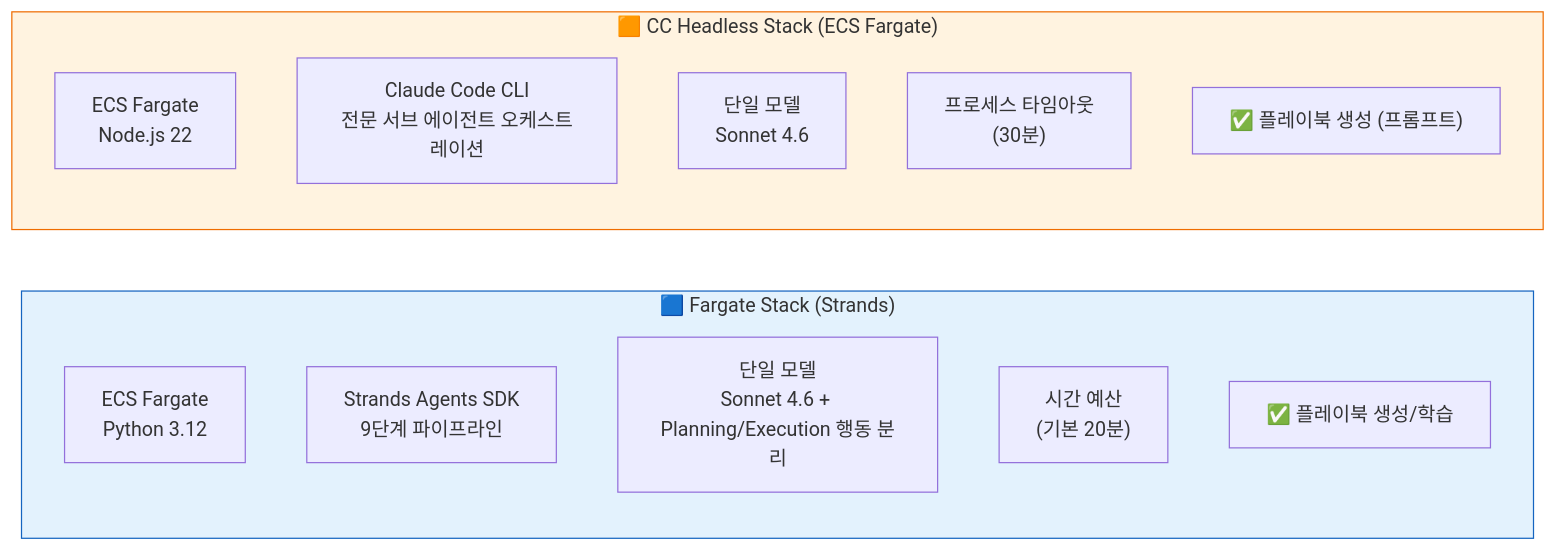
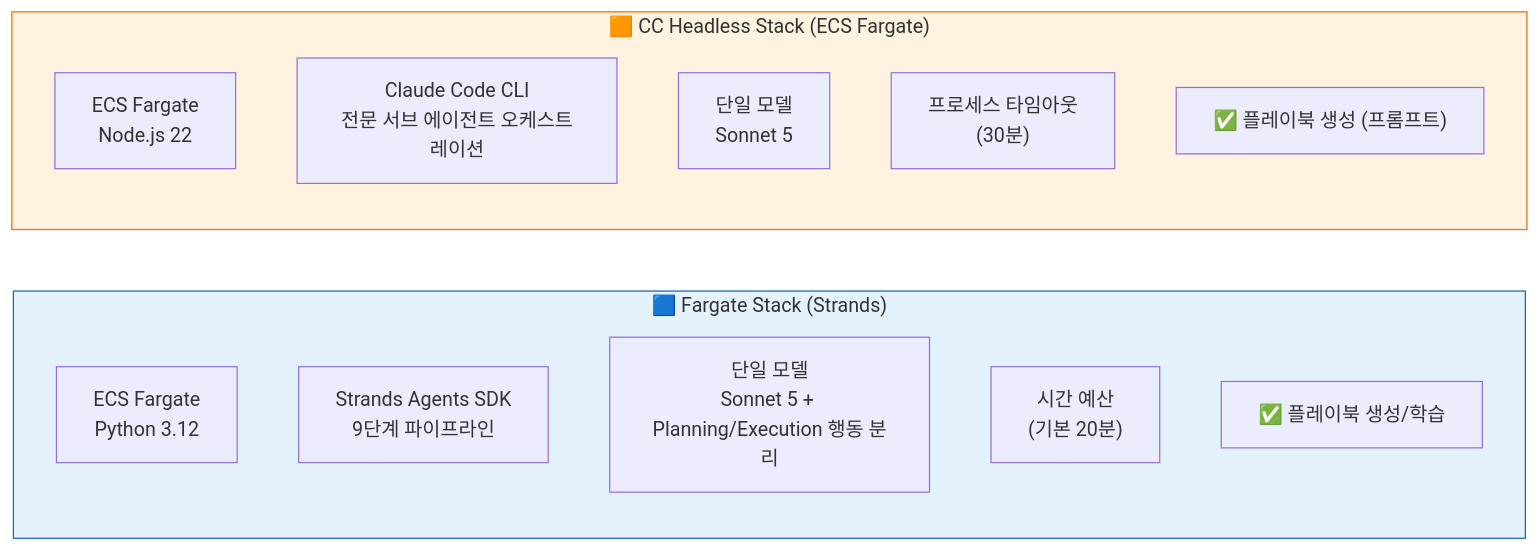
Before and after one commit to haandol/rca-agent: the fifth of 22 diagrams in docs/system-guide-for-ops.md, drawn with Mermaid. The commit also changed other lines of this file and 9 other files, not shown here.

First line of the commit message:
feat(agent,infra): move the default model to the Sonnet 5 generation

````diff
--- a/docs/system-guide-for-ops.md
+++ b/docs/system-guide-for-ops.md
@@ -253,23 +253,23 @@
 ```mermaid
 graph LR
     subgraph Fargate["🟦 Fargate Stack (Strands)"]
         direction TB
         F_ENV["ECS Fargate<br/>Python 3.12"]
         F_SDK["Strands Agents SDK<br/>9단계 파이프라인"]
-        F_MODEL["단일 모델<br/>Sonnet 4.6 + Planning/Execution 행동 분리"]
+        F_MODEL["단일 모델<br/>Sonnet 5 + Planning/Execution 행동 분리"]
         F_TIME["시간 예산<br/>(기본 20분)"]
         F_PLAY["✅ 플레이북 생성/학습"]
     end
 
     subgraph CcStack["🟧 CC Headless Stack (ECS Fargate)"]
         direction TB
         L_ENV["ECS Fargate<br/>Node.js 22"]
         L_SDK["Claude Code CLI<br/>전문 서브 에이전트 오케스트레이션"]
-        L_MODEL["단일 모델<br/>Sonnet 4.6"]
+        L_MODEL["단일 모델<br/>Sonnet 5"]
         L_TIME["프로세스 타임아웃<br/>(30분)"]
         L_PLAY["✅ 플레이북 생성 (프롬프트)"]
     end
 
     style Fargate fill:#e3f2fd,stroke:#1565c0
     style CcStack fill:#fff3e0,stroke:#ef6c00
 ```
````
